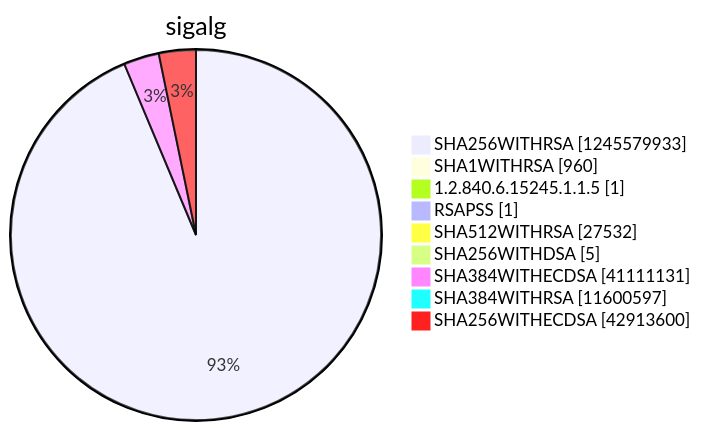
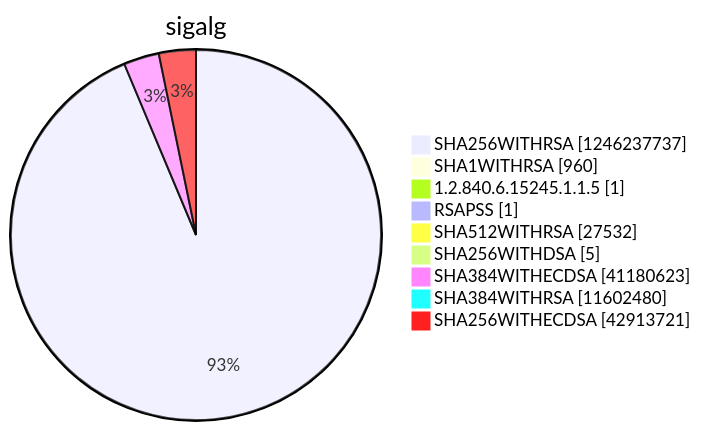
Diagram 15 of 15 in argon2022/README.md (christiankrug/ctmonitor_visualization), drawn with Mermaid before and after one commit. The commit also changed other lines of this file, not shown here.

````diff
--- a/argon2022/README.md
+++ b/argon2022/README.md
@@ -5522,13 +5522,13 @@
 ```mermaid
 pie showData
 title sigalg
-"SHA256WITHRSA" :1245579933
+"SHA256WITHRSA" :1246237737
 "SHA1WITHRSA" :960
 "1.2.840.6.15245.1.1.5" :1
 "RSAPSS" :1
 "SHA512WITHRSA" :27532
 "SHA256WITHDSA" :5
-"SHA384WITHECDSA" :41111131
-"SHA384WITHRSA" :11600597
-"SHA256WITHECDSA" :42913600
+"SHA384WITHECDSA" :41180623
+"SHA384WITHRSA" :11602480
+"SHA256WITHECDSA" :42913721
 ```
````
